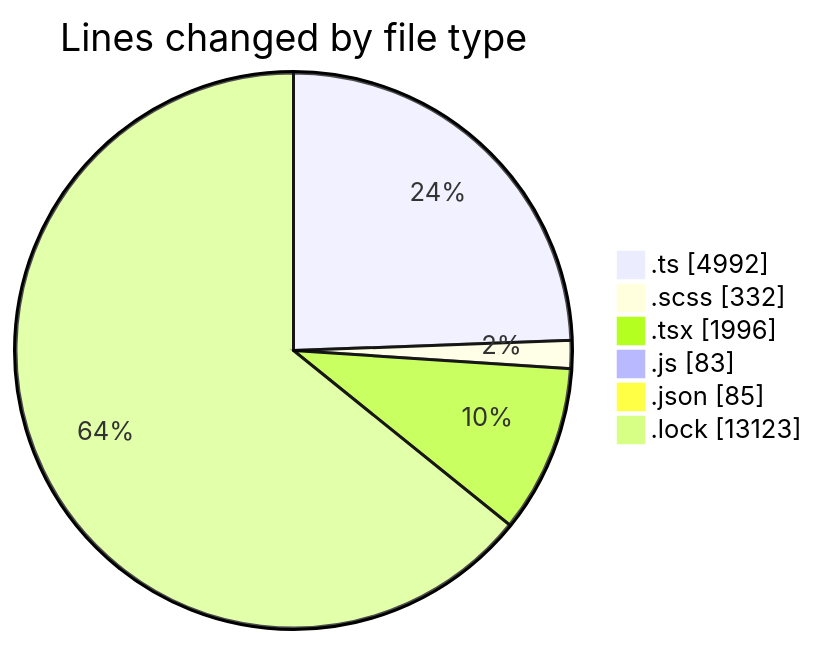
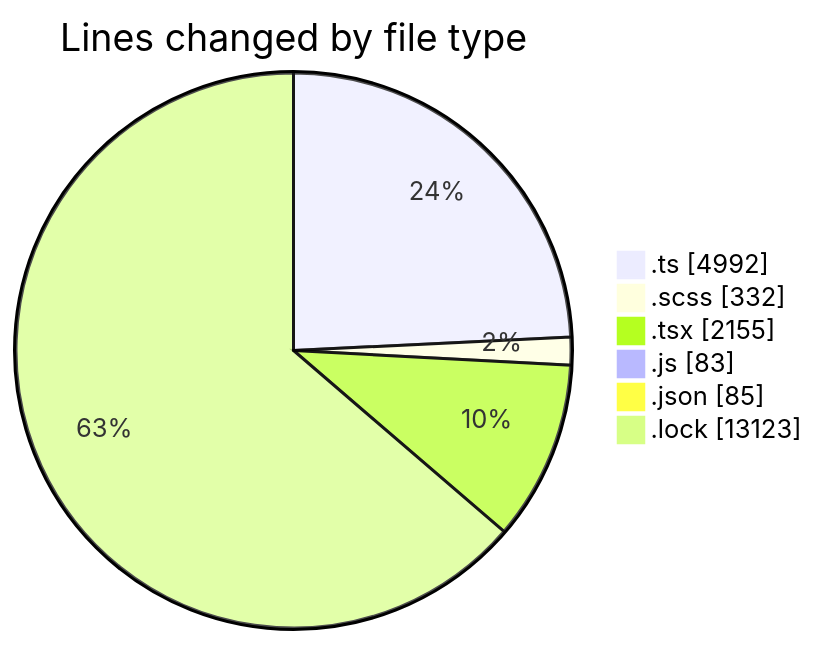
The first of 2 diagrams in 2025-09-12/cda/README.md (momahboobian/code-tracking), drawn with Mermaid before and after one commit. The commit also changed other lines of this file and 1 other file, not shown here.

````diff
--- a/2025-09-12/cda/README.md
+++ b/2025-09-12/cda/README.md
@@ -34,10 +34,10 @@
 ```mermaid
 pie showData
 title Lines changed by file type
 ".ts" : 4992
 ".scss" : 332
-".tsx" : 1996
+".tsx" : 2155
 ".js" : 83
 ".json" : 85
 ".lock" : 13123
 ```
````
